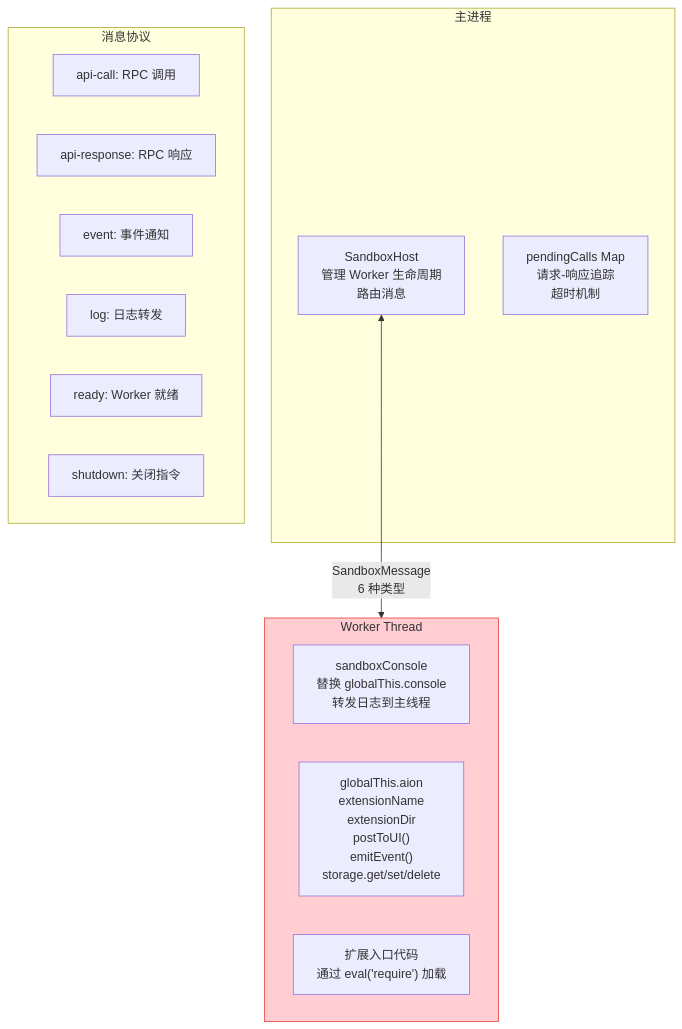
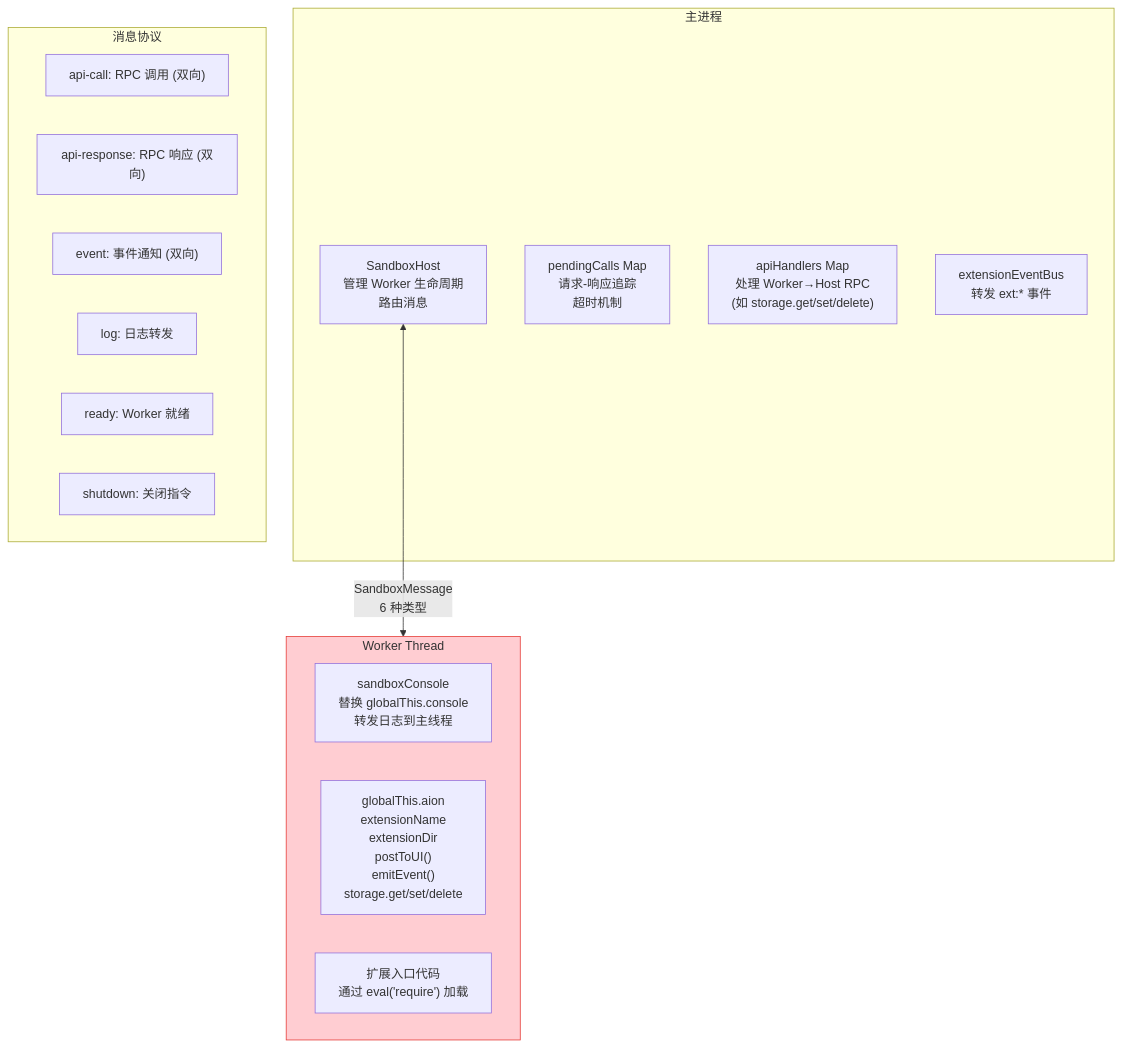
Before and after one commit to iOfficeAI/AionUi: the third of 4 diagrams in docs/feature/extension-market/research/security-model.md, drawn with Mermaid. The commit also changed other lines of this file and 9 other files, not shown here.

````diff
--- a/docs/feature/extension-market/research/security-model.md
+++ b/docs/feature/extension-market/research/security-model.md
@@ -143,26 +145,28 @@
 ```mermaid
 flowchart TD
   subgraph MainThread["主进程"]
     Host["SandboxHost\n管理 Worker 生命周期\n路由消息"]
     PendingCalls["pendingCalls Map\n请求-响应追踪\n超时机制"]
+    ApiHandlers["apiHandlers Map\n处理 Worker→Host RPC\n(如 storage.get/set/delete)"]
+    EventBus["extensionEventBus\n转发 ext:* 事件"]
   end
 
   subgraph WorkerThread["Worker Thread"]
     Console["sandboxConsole\n替换 globalThis.console\n转发日志到主线程"]
     AionProxy["globalThis.aion\nextensionName\nextensionDir\npostToUI()\nemitEvent()\nstorage.get/set/delete"]
     ExtCode["扩展入口代码\n通过 eval('require') 加载"]
   end
 
   Host <-- "SandboxMessage\n6 种类型" --> WorkerThread
 
   subgraph MessageTypes["消息协议"]
-    api_call["api-call: RPC 调用"]
-    api_response["api-response: RPC 响应"]
-    event["event: 事件通知"]
+    api_call["api-call: RPC 调用 (双向)"]
+    api_response["api-response: RPC 响应 (双向)"]
+    event["event: 事件通知 (双向)"]
     log["log: 日志转发"]
     ready["ready: Worker 就绪"]
     shutdown["shutdown: 关闭指令"]
   end
 
   style WorkerThread fill:#ffcdd2,stroke:#e53935
 ```
````
